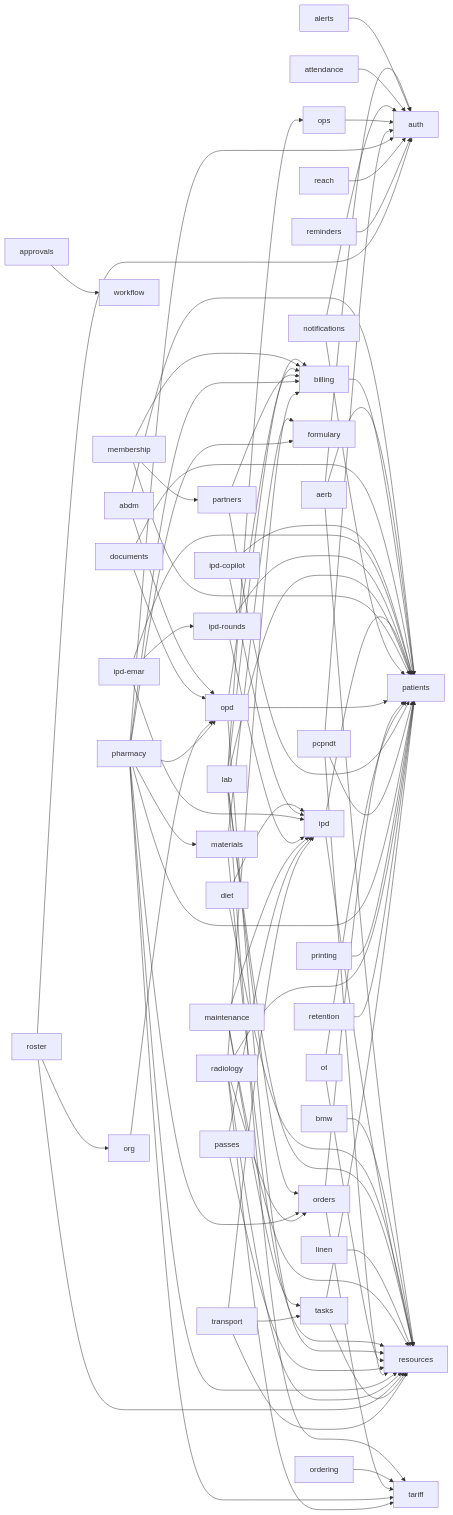
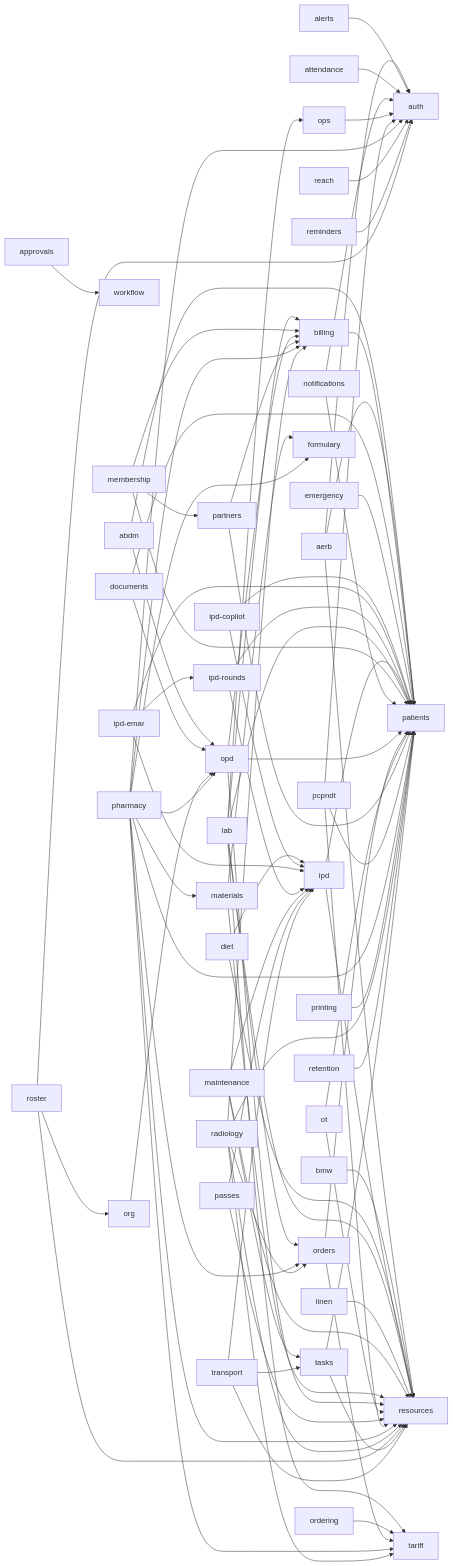
One commit to ankits3a/hims-hmis changed the diagram in docs/architecture/schema.md. Above: the diagram before and after it, drawn with Mermaid. The commit also changed other lines of this file and 17 other files, not shown here.

First line of the commit message:
feat(web): ER desk and tracking board v1 (ER lane 1), module notes, architecture regenerated

```diff
--- a/docs/architecture/schema.md
+++ b/docs/architecture/schema.md
@@ -26,6 +26,7 @@
   diet[diet] --> resources[resources]
   documents[documents] --> opd[opd]
   documents[documents] --> patients[patients]
+  emergency[emergency] --> patients[patients]
   ipd_copilot[ipd-copilot] --> ipd[ipd]
   ipd_copilot[ipd-copilot] --> patients[patients]
   ipd_emar[ipd-emar] --> ipd_rounds[ipd-rounds]
```
